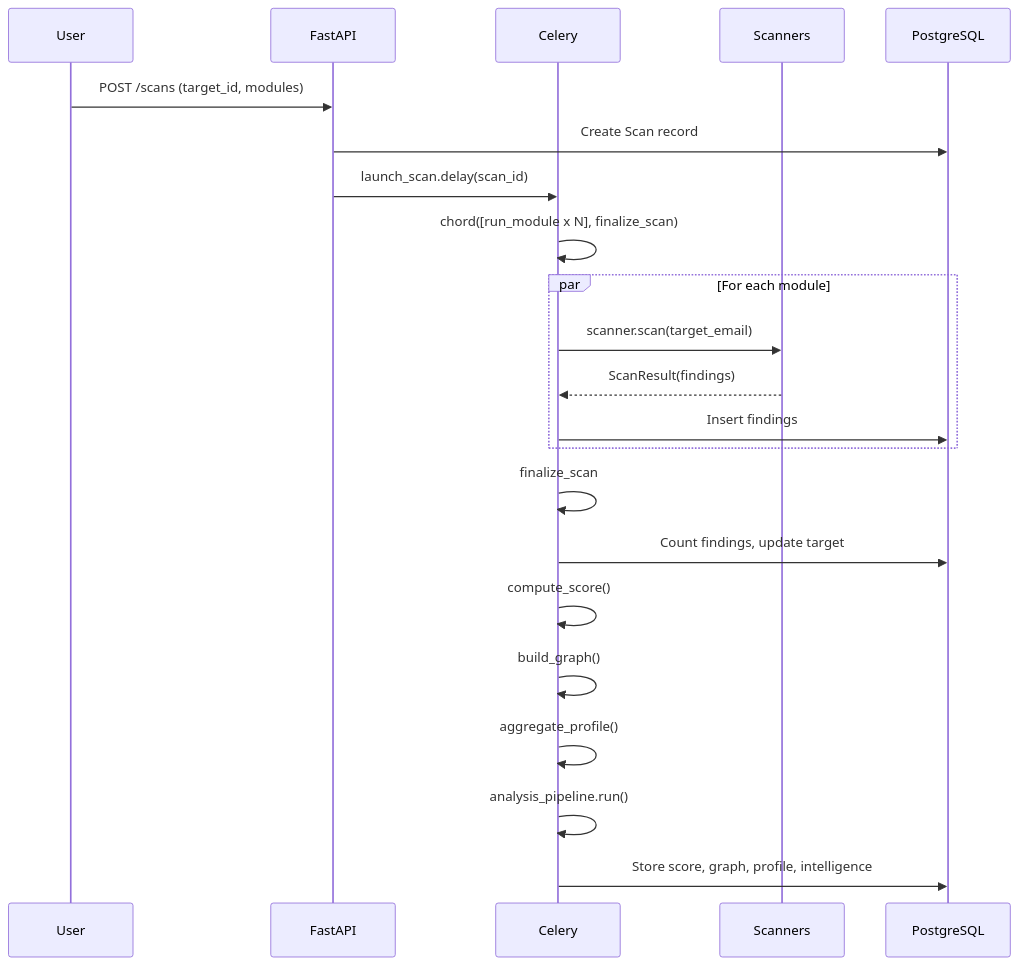
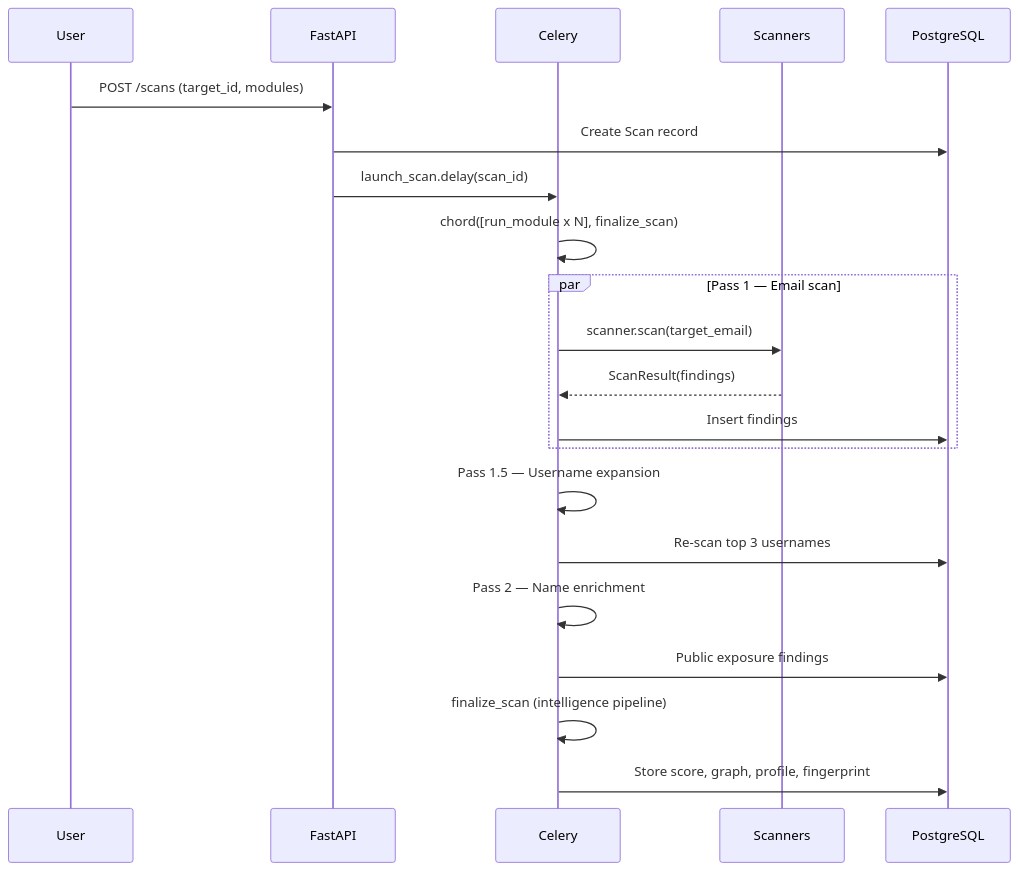
The second of 3 diagrams in docs/ARCHITECTURE.md (nabz0r/xposeTIP), drawn with Mermaid before and after one commit. The commit also changed other lines of this file and 3 other files, not shown here.

````diff
--- a/docs/ARCHITECTURE.md
+++ b/docs/ARCHITECTURE.md
@@ -53,25 +60,24 @@
 ```mermaid
 sequenceDiagram
     participant U as User
     participant API as FastAPI
     participant C as Celery
     participant S as Scanners
     participant DB as PostgreSQL
 
     U->>API: POST /scans (target_id, modules)
     API->>DB: Create Scan record
     API->>C: launch_scan.delay(scan_id)
     C->>C: chord([run_module x N], finalize_scan)
-    par For each module
+    par Pass 1 — Email scan
         C->>S: scanner.scan(target_email)
         S-->>C: ScanResult(findings)
         C->>DB: Insert findings
     end
-    C->>C: finalize_scan
-    C->>DB: Count findings, update target
-    C->>C: compute_score()
-    C->>C: build_graph()
-    C->>C: aggregate_profile()
-    C->>C: analysis_pipeline.run()
-    C->>DB: Store score, graph, profile, intelligence
+    C->>C: Pass 1.5 — Username expansion
+    C->>DB: Re-scan top 3 usernames
+    C->>C: Pass 2 — Name enrichment
+    C->>DB: Public exposure findings
+    C->>C: finalize_scan (intelligence pipeline)
+    C->>DB: Store score, graph, profile, fingerprint
 ```
````
